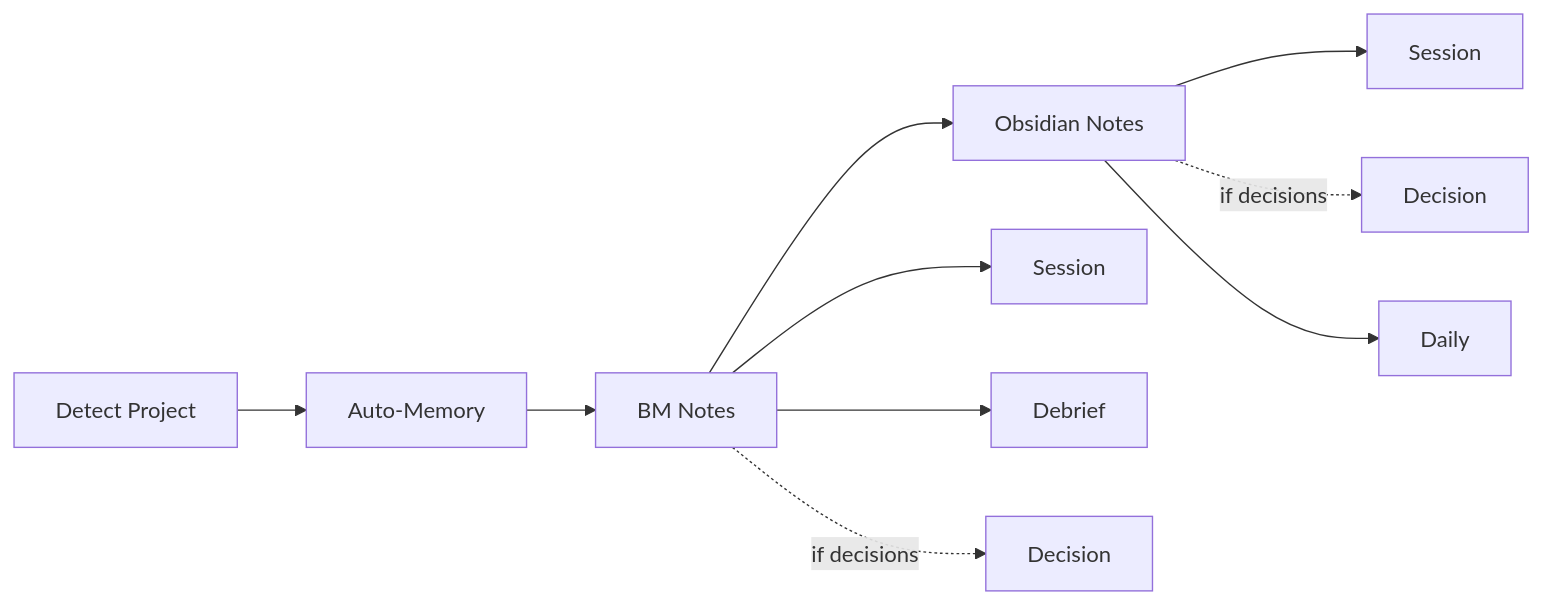
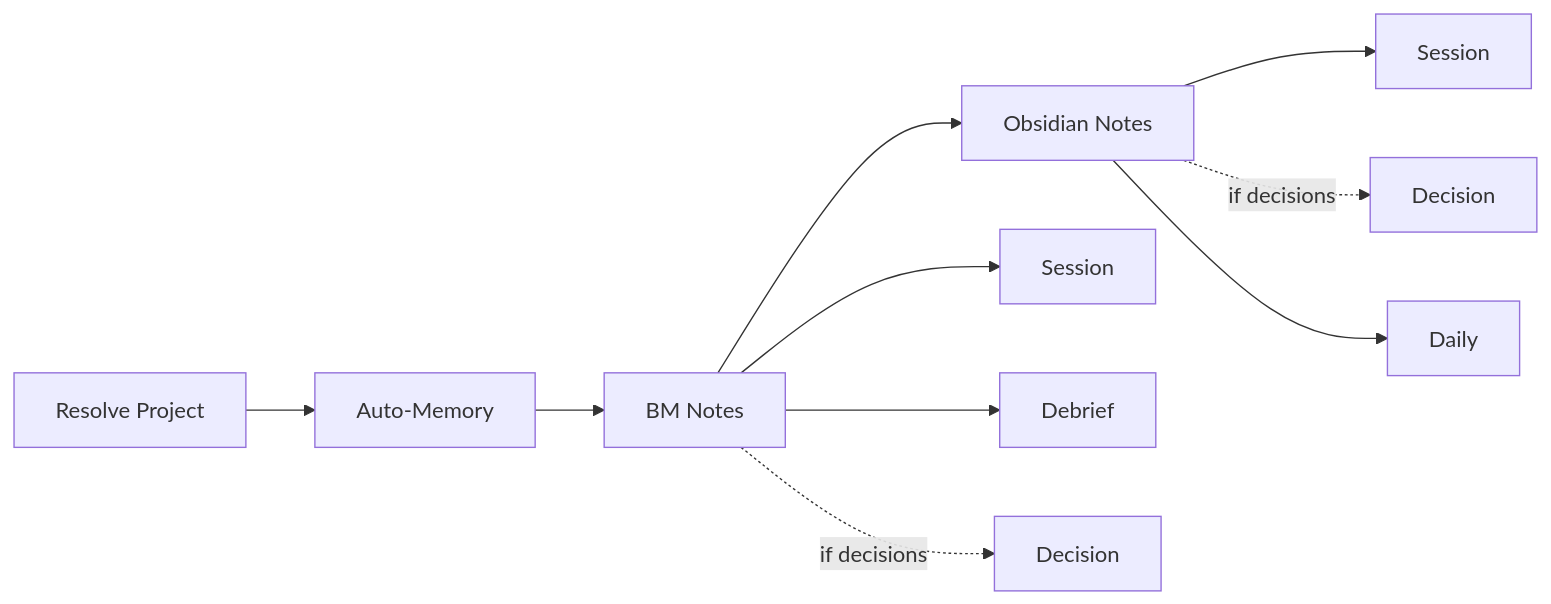
Before and after one commit to adeonir/agent-skills: the diagram in skills/(tooling)/wrap-up/README.md, drawn with Mermaid. The commit also changed other lines of this file and 5 other files, not shown here.

````diff
--- a/skills/(tooling)/wrap-up/README.md
+++ b/skills/(tooling)/wrap-up/README.md
@@ -13,12 +13,12 @@
 ```mermaid
 flowchart LR
-  A[Detect Project] --> B[Auto-Memory]
+  A[Resolve Project] --> B[Auto-Memory]
   B --> C[BM Notes]
   C --> D[Obsidian Notes]
   C --> C1[Session]
   C --> C2[Debrief]
   C -.->|if decisions| C3[Decision]
   D --> D1[Session]
   D -.->|if decisions| D3[Decision]
   D --> D2[Daily]
 ```
````
